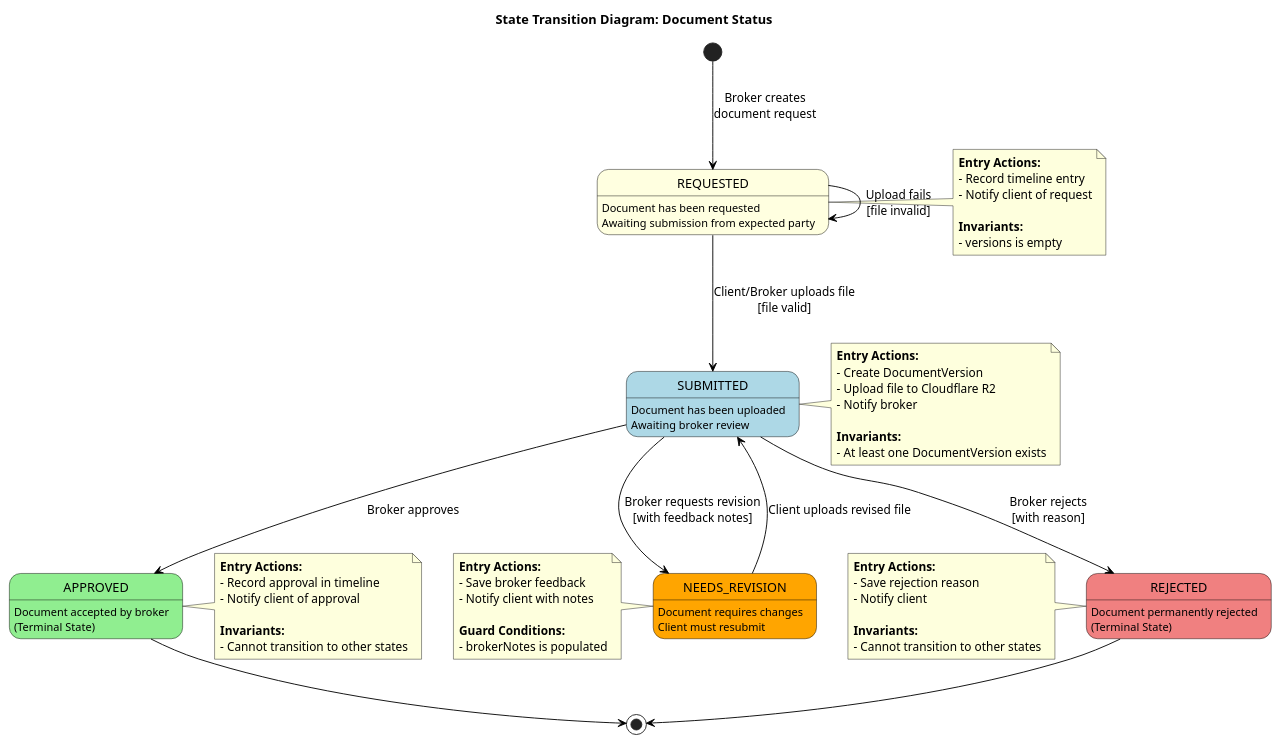
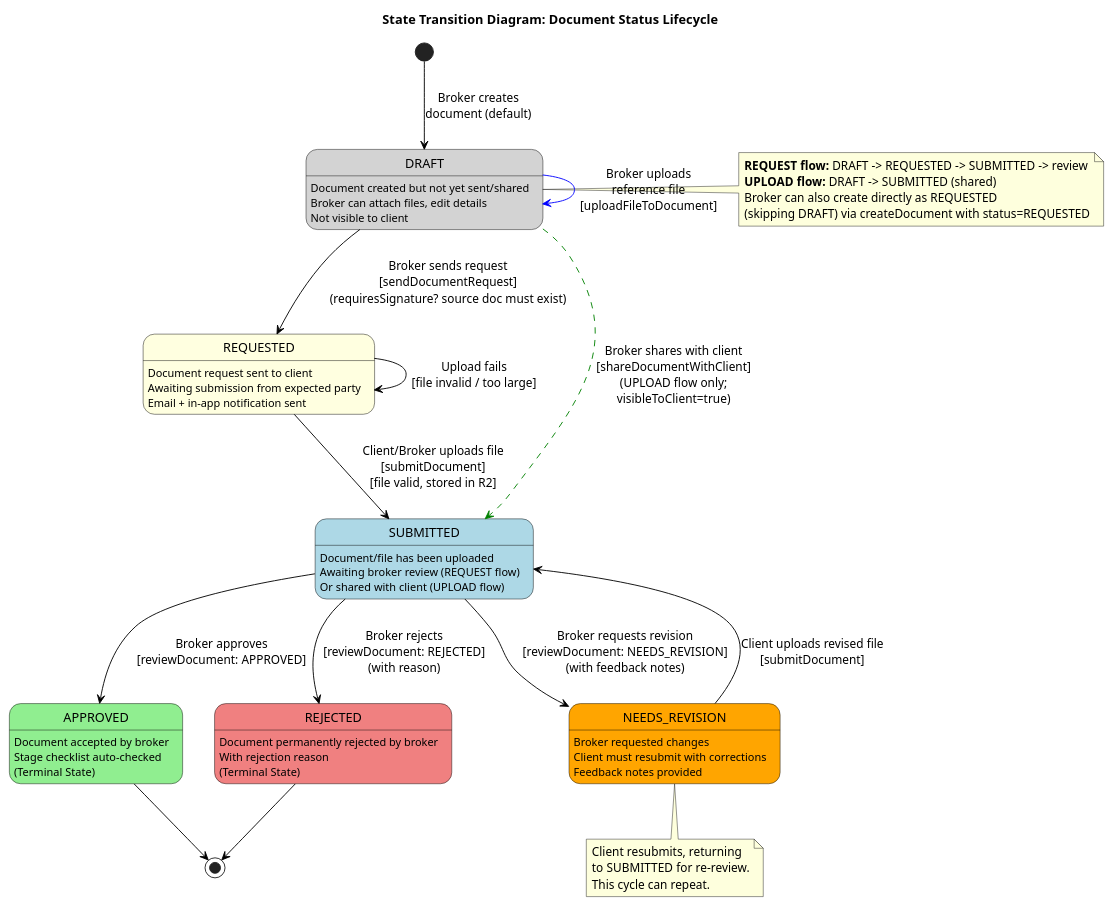
The diagram in docs/PersonalUseCase/Shawn/ManageTransactionDocuments/Artifacts/StateTransitionDiagram.puml (CourtierPro/CourtierPro), drawn with PlantUML before and after one commit. The commit also changed 34 other files, not shown here.

Commit message:
Diagrams updated

```diff
--- a/docs/PersonalUseCase/Shawn/ManageTransactionDocuments/Artifacts/StateTransitionDiagram.puml
+++ b/docs/PersonalUseCase/Shawn/ManageTransactionDocuments/Artifacts/StateTransitionDiagram.puml
@@ -1,99 +1,81 @@
 @startuml StateTransitionDiagram
 skinparam state {
   BackgroundColor White
   BorderColor Black
   ArrowColor Black
 }
 
-title State Transition Diagram: Document Status
+title State Transition Diagram: Document Status Lifecycle
 
-[*] --> REQUESTED : Broker creates\ndocument request
+[*] --> DRAFT : Broker creates\ndocument (default)
+
+state DRAFT #LightGray {
+  DRAFT : Document created but not yet sent/shared
+  DRAFT : Broker can attach files, edit details
+  DRAFT : Not visible to client
+}
 
 state REQUESTED #LightYellow {
-  REQUESTED : Document has been requested
+  REQUESTED : Document request sent to client
   REQUESTED : Awaiting submission from expected party
+  REQUESTED : Email + in-app notification sent
 }
 
 state SUBMITTED #LightBlue {
-  SUBMITTED : Document has been uploaded
-  SUBMITTED : Awaiting broker review
+  SUBMITTED : Document/file has been uploaded
+  SUBMITTED : Awaiting broker review (REQUEST flow)
+  SUBMITTED : Or shared with client (UPLOAD flow)
 }
 
 state APPROVED #LightGreen {
   APPROVED : Document accepted by broker
+  APPROVED : Stage checklist auto-checked
   APPROVED : (Terminal State)
 }
 
 state NEEDS_REVISION #Orange {
-  NEEDS_REVISION : Document requires changes
-  NEEDS_REVISION : Client must resubmit
+  NEEDS_REVISION : Broker requested changes
+  NEEDS_REVISION : Client must resubmit with corrections
+  NEEDS_REVISION : Feedback notes provided
 }
 
 state REJECTED #LightCoral {
-  REJECTED : Document permanently rejected
+  REJECTED : Document permanently rejected by broker
+  REJECTED : With rejection reason
   REJECTED : (Terminal State)
 }
 
-' Transitions from REQUESTED
-REQUESTED --> SUBMITTED : Client/Broker uploads file\n[file valid]
-REQUESTED --> REQUESTED : Upload fails\n[file invalid]
+' === REQUEST FLOW TRANSITIONS ===
+DRAFT --> REQUESTED : Broker sends request\n[sendDocumentRequest]\n(requiresSignature? source doc must exist)
+DRAFT -[#blue]-> DRAFT : Broker uploads\nreference file\n[uploadFileToDocument]
 
-' Transitions from SUBMITTED
-SUBMITTED --> APPROVED : Broker approves
-SUBMITTED --> NEEDS_REVISION : Broker requests revision\n[with feedback notes]
-SUBMITTED --> REJECTED : Broker rejects\n[with reason]
+REQUESTED --> SUBMITTED : Client/Broker uploads file\n[submitDocument]\n[file valid, stored in R2]
+REQUESTED --> REQUESTED : Upload fails\n[file invalid / too large]
 
-' Transitions from NEEDS_REVISION
-NEEDS_REVISION --> SUBMITTED : Client uploads revised file
+SUBMITTED --> APPROVED : Broker approves\n[reviewDocument: APPROVED]
+SUBMITTED --> NEEDS_REVISION : Broker requests revision\n[reviewDocument: NEEDS_REVISION]\n(with feedback notes)
+SUBMITTED --> REJECTED : Broker rejects\n[reviewDocument: REJECTED]\n(with reason)
+
+NEEDS_REVISION --> SUBMITTED : Client uploads revised file\n[submitDocument]
+
+' === UPLOAD FLOW TRANSITIONS ===
+DRAFT -[#green,dashed]-> SUBMITTED : Broker shares with client\n[shareDocumentWithClient]\n(UPLOAD flow only;\nvisibleToClient=true)
 
 ' Terminal states
 APPROVED --> [*]
 REJECTED --> [*]
 
-note right of REQUESTED
-  **Entry Actions:**
-  - Record timeline entry
-  - Notify client of request
-  
-  **Invariants:**
-  - versions is empty
+note right of DRAFT
+  **REQUEST flow:** DRAFT -> REQUESTED -> SUBMITTED -> review
+  **UPLOAD flow:** DRAFT -> SUBMITTED (shared)
+  Broker can also create directly as REQUESTED
+  (skipping DRAFT) via createDocument with status=REQUESTED
 end note
 
-note right of SUBMITTED
-  **Entry Actions:**
-  - Create DocumentVersion
-  - Upload file to Cloudflare R2
-  - Notify broker
-  
-  **Invariants:**
-  - At least one DocumentVersion exists
-end note
-
-note right of APPROVED
-  **Entry Actions:**
-  - Record approval in timeline
-  - Notify client of approval
-  
-  **Invariants:**
-  - Cannot transition to other states
-end note
-
-note left of NEEDS_REVISION
-  **Entry Actions:**
-  - Save broker feedback
-  - Notify client with notes
-  
-  **Guard Conditions:**
-  - brokerNotes is populated
-end note
-
-note left of REJECTED
-  **Entry Actions:**
-  - Save rejection reason
-  - Notify client
-  
-  **Invariants:**
-  - Cannot transition to other states
+note bottom of NEEDS_REVISION
+  Client resubmits, returning
+  to SUBMITTED for re-review.
+  This cycle can repeat.
 end note
 
 @enduml
```
